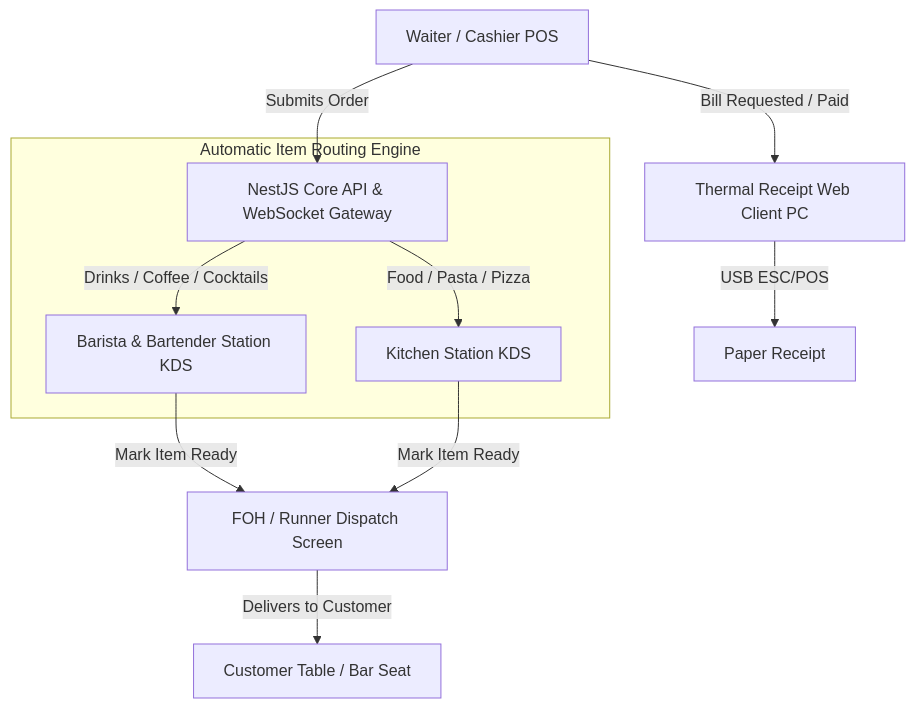
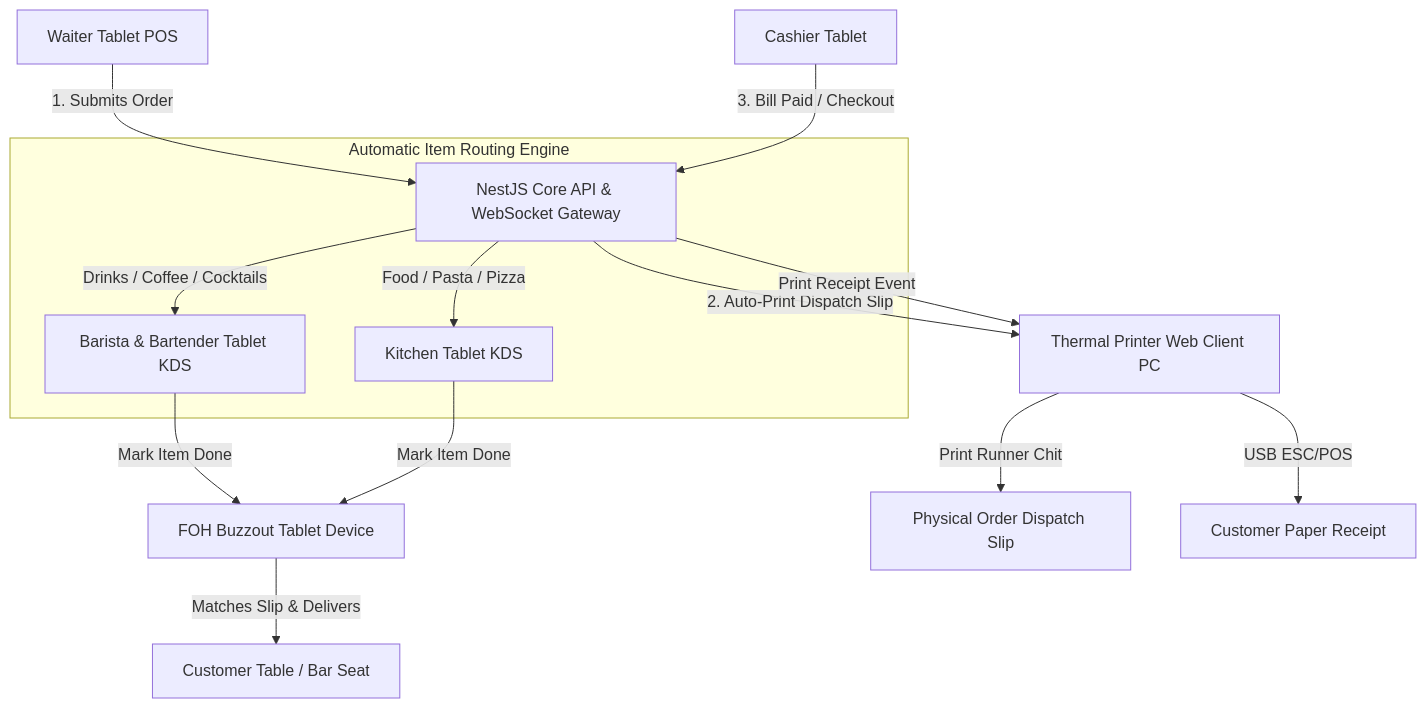
Before and after one commit to ichannnj/Monk-s-Dream-Jazz-Bar-POS: the first of 2 diagrams in REQUIREMENTS.md, drawn with Mermaid. The commit also changed other lines of this file and 1 other file, not shown here.

Commit message:
docs: add two-print workflow (Order Dispatch Slip + Checkout Receipt) to specifications

````diff
--- a/REQUIREMENTS.md
+++ b/REQUIREMENTS.md
@@ -19,17 +19,21 @@
 ```mermaid
 flowchart TD
-    W[Waiter / Cashier POS] -->|Submits Order| B[NestJS Core API & WebSocket Gateway]
+    W[Waiter Tablet POS] -->|1. Submits Order| B[NestJS Core API & WebSocket Gateway]
     
     subgraph RoutingEngine [Automatic Item Routing Engine]
-        B -->|Drinks / Coffee / Cocktails| S_BAR[Barista & Bartender Station KDS]
-        B -->|Food / Pasta / Pizza| S_KIT[Kitchen Station KDS]
+        B -->|Drinks / Coffee / Cocktails| S_BAR[Barista & Bartender Tablet KDS]
+        B -->|Food / Pasta / Pizza| S_KIT[Kitchen Tablet KDS]
     end
 
-    S_BAR -->|Mark Item Ready| FOH[FOH / Runner Dispatch Screen]
-    S_KIT -->|Mark Item Ready| FOH
+    B -->|2. Auto-Print Dispatch Slip| PRN[Thermal Printer Web Client PC]
+    PRN -->|Print Runner Chit| SLIP[Physical Order Dispatch Slip]
+
+    S_BAR -->|Mark Item Done| FOH[FOH Buzzout Tablet Device]
+    S_KIT -->|Mark Item Done| FOH
     
-    FOH -->|Delivers to Customer| TBL[Customer Table / Bar Seat]
+    FOH -->|Matches Slip & Delivers| TBL[Customer Table / Bar Seat]
     
-    W -->|Bill Requested / Paid| PRN[Thermal Receipt Web Client PC]
-    PRN -->|USB ESC/POS| PAP[Paper Receipt]
+    CASH[Cashier Tablet] -->|3. Bill Paid / Checkout| B
+    B -->|Print Receipt Event| PRN
+    PRN -->|USB ESC/POS| PAP[Customer Paper Receipt]
 ```
````
